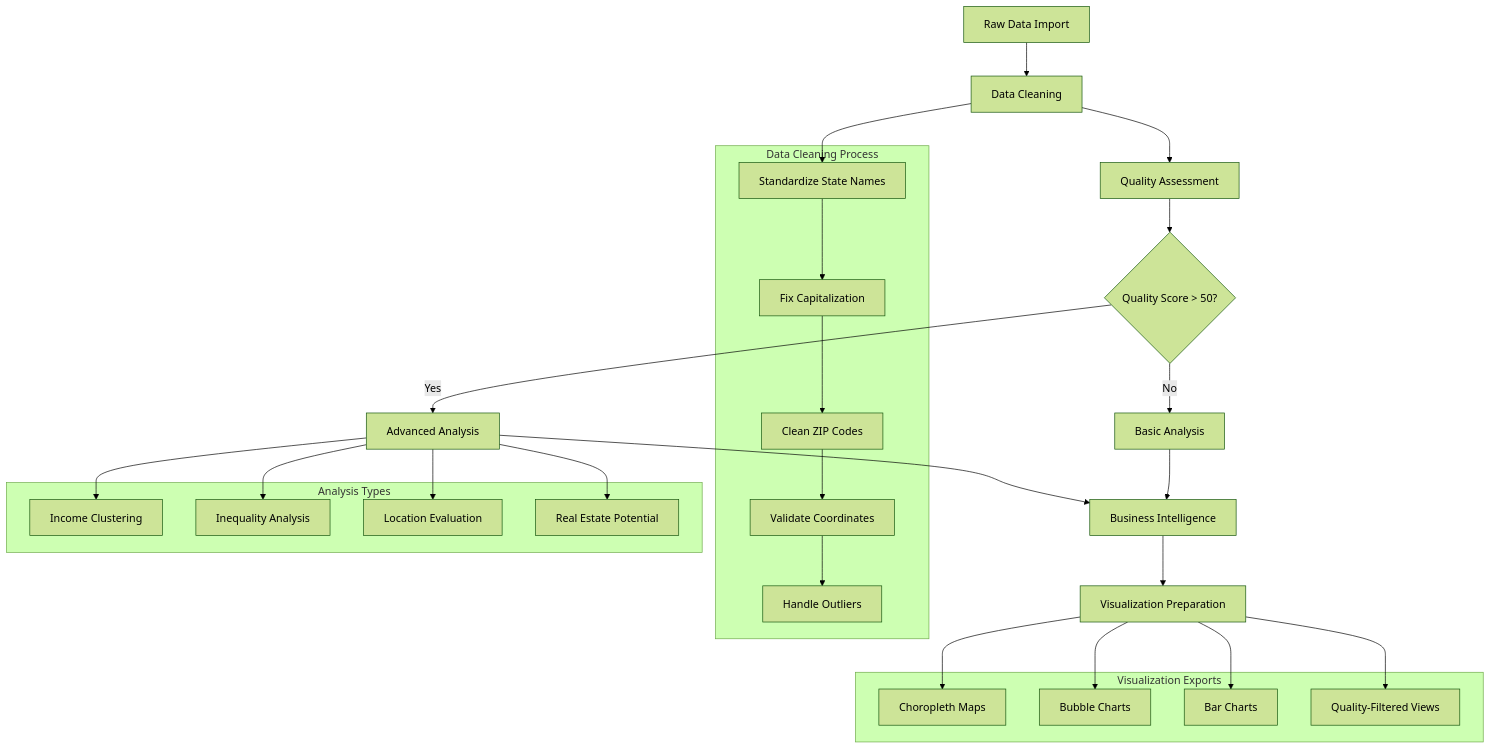
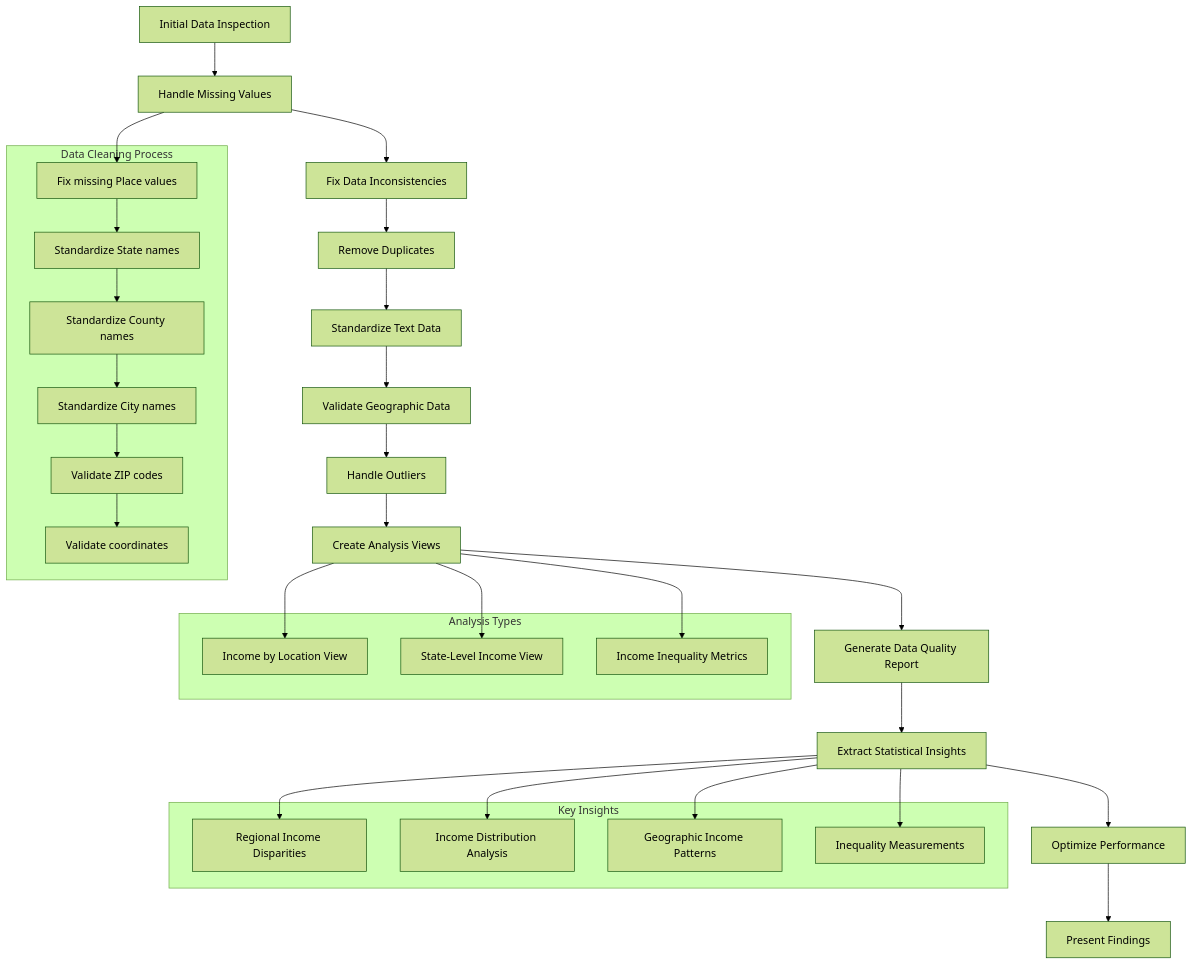
Before and after one commit to tzolkowski96/tzolkowski96: the second of 2 diagrams in us-household-income-analysis/README.md, drawn with Mermaid (forest theme). The commit also changed other lines of this file, not shown here.

````diff
--- a/us-household-income-analysis/README.md
+++ b/us-household-income-analysis/README.md
@@ -262,46 +278,46 @@
 ```mermaid
 flowchart TD
-    A[Raw Data Import] --> B[Data Cleaning]
-    B --> C[Quality Assessment]
-    C --> D{Quality Score > 50?}
-    D -- Yes --> E[Advanced Analysis]
-    D -- No --> F[Basic Analysis]
-    
-    E --> G[Business Intelligence]
-    F --> G
-    
-    G --> H[Visualization Preparation]
+    A[Initial Data Inspection] --> B[Handle Missing Values]
+    B --> C[Fix Data Inconsistencies]
+    C --> D[Remove Duplicates]
+    D --> E[Standardize Text Data]
+    E --> F[Validate Geographic Data]
+    F --> G[Handle Outliers]
+    G --> H[Create Analysis Views]
+    H --> I[Generate Data Quality Report]
+    I --> J[Extract Statistical Insights]
+    J --> K[Optimize Performance]
+    K --> L[Present Findings]
     
     subgraph "Data Cleaning Process"
-    B1[Standardize State Names] --> B2[Fix Capitalization]
-    B2 --> B3[Clean ZIP Codes]
-    B3 --> B4[Validate Coordinates]
-    B4 --> B5[Handle Outliers]
+    B1[Fix missing Place values] --> B2[Standardize State names]
+    B2 --> B3[Standardize County names]
+    B3 --> B4[Standardize City names]
+    B4 --> B5[Validate ZIP codes]
+    B5 --> B6[Validate coordinates]
     end
     
     B --> B1
     
     subgraph "Analysis Types"
-    E1[Income Clustering]
-    E2[Inequality Analysis]
-    E3[Location Evaluation]
-    E4[Real Estate Potential]
-    end
-    
-    E --> E1
-    E --> E2
-    E --> E3
-    E --> E4
-    
-    subgraph "Visualization Exports"
-    H1[Choropleth Maps]
-    H2[Bubble Charts]
-    H3[Bar Charts]
-    H4[Quality-Filtered Views]
+    H1[Income by Location View]
+    H2[State-Level Income View]
+    H3[Income Inequality Metrics]
     end
     
     H --> H1
     H --> H2
     H --> H3
-    H --> H4
+    
+    subgraph "Key Insights"
+    J1[Regional Income Disparities]
+    J2[Income Distribution Analysis]
+    J3[Geographic Income Patterns]
+    J4[Inequality Measurements]
+    end
+    
+    J --> J1
+    J --> J2
+    J --> J3
+    J --> J4
 ```
````
